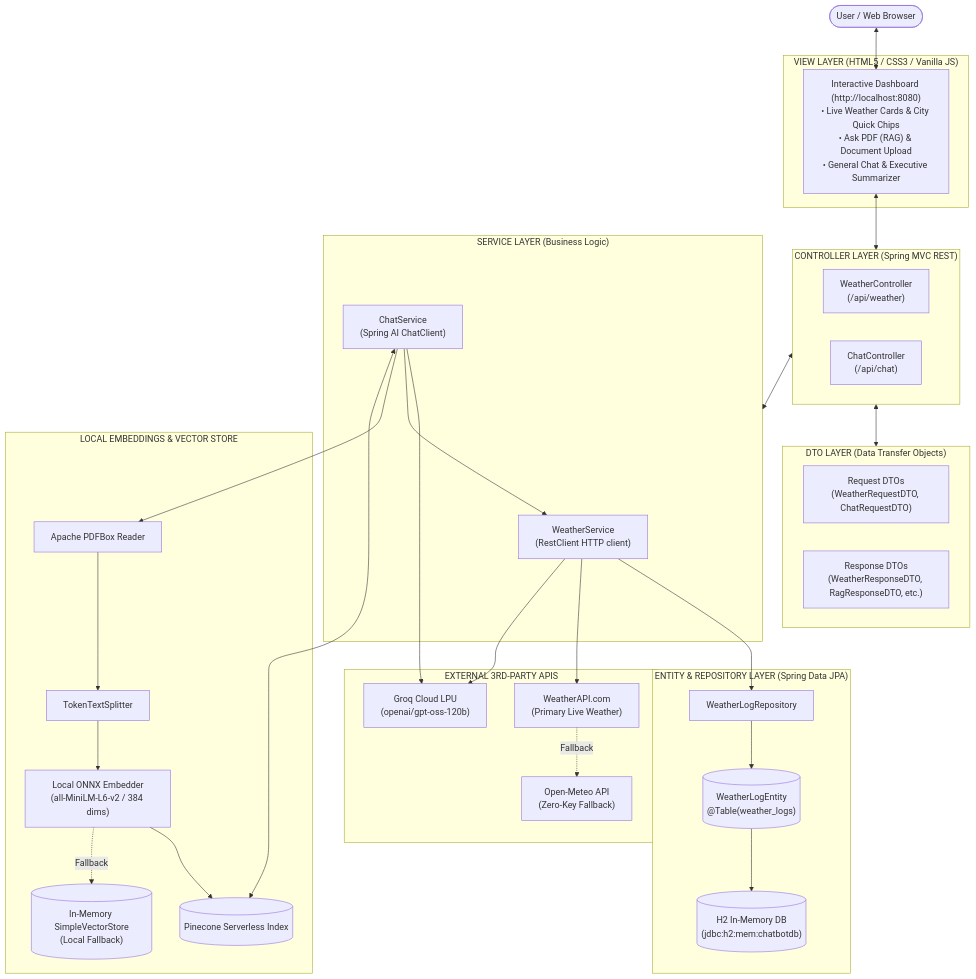
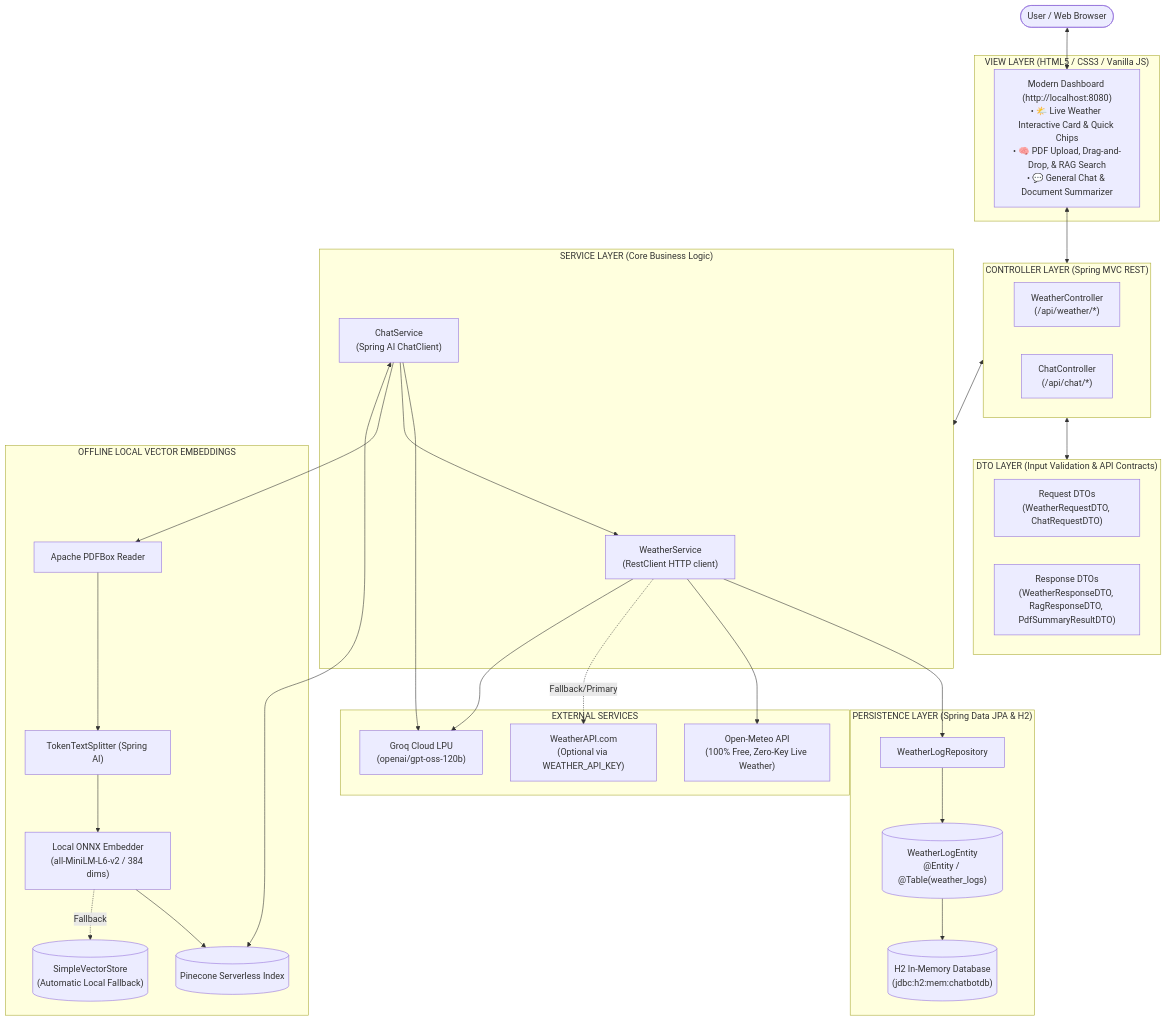
One commit to ChakradharReddy01/ai-chatbot changed the diagram in ai-chatbot/README.md. Above: the diagram before and after it, drawn with Mermaid. The commit also changed other lines of this file, not shown here.

````diff
--- a/ai-chatbot/README.md
+++ b/ai-chatbot/README.md
@@ -76,63 +72,63 @@
 ```mermaid
 flowchart TD
     User([User / Web Browser])
 
-    subgraph View ["VIEW LAYER (HTML5 / CSS3 / Vanilla JS)"]
-        UI["Interactive Dashboard (http://localhost:8080)<br/>• Live Weather Cards & City Quick Chips<br/>• Ask PDF (RAG) & Document Upload<br/>• General Chat & Executive Summarizer"]
+    subgraph ViewLayer ["VIEW LAYER (HTML5 / CSS3 / Vanilla JS)"]
+        UI["Modern Dashboard (http://localhost:8080)<br/>• 🌤️ Live Weather Interactive Card & Quick Chips<br/>• 🧠 PDF Upload, Drag-and-Drop, & RAG Search<br/>• 💬 General Chat & Document Summarizer"]
     end
 
-    subgraph Controller ["CONTROLLER LAYER (Spring MVC REST)"]
-        WeatherCtrl["WeatherController<br/>(/api/weather)"]
-        ChatCtrl["ChatController<br/>(/api/chat)"]
+    subgraph ControllerLayer ["CONTROLLER LAYER (Spring MVC REST)"]
+        WeatherCtrl["WeatherController<br/>(/api/weather/*)"]
+        ChatCtrl["ChatController<br/>(/api/chat/*)"]
     end
 
-    subgraph DTO ["DTO LAYER (Data Transfer Objects)"]
+    subgraph DTOLayer ["DTO LAYER (Input Validation & API Contracts)"]
         ReqDTO["Request DTOs<br/>(WeatherRequestDTO, ChatRequestDTO)"]
-        ResDTO["Response DTOs<br/>(WeatherResponseDTO, RagResponseDTO, etc.)"]
+        ResDTO["Response DTOs<br/>(WeatherResponseDTO, RagResponseDTO, PdfSummaryResultDTO)"]
     end
 
-    subgraph Service ["SERVICE LAYER (Business Logic)"]
+    subgraph ServiceLayer ["SERVICE LAYER (Core Business Logic)"]
         WeatherSvc["WeatherService<br/>(RestClient HTTP client)"]
         ChatSvc["ChatService<br/>(Spring AI ChatClient)"]
     end
 
-    subgraph EntityRepo ["ENTITY & REPOSITORY LAYER (Spring Data JPA)"]
+    subgraph DataLayer ["PERSISTENCE LAYER (Spring Data JPA & H2)"]
         WeatherRepo["WeatherLogRepository"]
-        WeatherEntity[("WeatherLogEntity<br/>@Table(weather_logs)")]
-        H2DB[("H2 In-Memory DB<br/>(jdbc:h2:mem:chatbotdb)")]
+        WeatherEntity[("WeatherLogEntity<br/>@Entity / @Table(weather_logs)")]
+        H2DB[("H2 In-Memory Database<br/>(jdbc:h2:mem:chatbotdb)")]
     end
 
-    subgraph ExternalAPIs ["EXTERNAL 3RD-PARTY APIS"]
-        WeatherAPI["WeatherAPI.com<br/>(Primary Live Weather)"]
-        OpenMeteo["Open-Meteo API<br/>(Zero-Key Fallback)"]
+    subgraph ExternalAPIs ["EXTERNAL SERVICES"]
+        OpenMeteo["Open-Meteo API<br/>(100% Free, Zero-Key Live Weather)"]
+        WeatherAPI["WeatherAPI.com<br/>(Optional via WEATHER_API_KEY)"]
         Groq["Groq Cloud LPU<br/>(openai/gpt-oss-120b)"]
     end
 
-    subgraph VectorEngine ["LOCAL EMBEDDINGS & VECTOR STORE"]
+    subgraph LocalEmbeddings ["OFFLINE LOCAL VECTOR EMBEDDINGS"]
         PDFReader["Apache PDFBox Reader"]
-        Chunker["TokenTextSplitter"]
+        Chunker["TokenTextSplitter (Spring AI)"]
         Embedder["Local ONNX Embedder<br/>(all-MiniLM-L6-v2 / 384 dims)"]
         Pinecone[("Pinecone Serverless Index")]
-        SimpleStore[("In-Memory SimpleVectorStore<br/>(Local Fallback)")]
+        SimpleStore[("SimpleVectorStore<br/>(Automatic Local Fallback)")]
     end
 
     User <--> UI
-    UI <--> Controller
-    Controller <--> DTO
-    Controller <--> Service
+    UI <--> ControllerLayer
+    ControllerLayer <--> DTOLayer
+    ControllerLayer <--> ServiceLayer
 
     WeatherSvc --> WeatherRepo
     WeatherRepo --> WeatherEntity
     WeatherEntity --> H2DB
 
-    WeatherSvc --> WeatherAPI
-    WeatherAPI -. Fallback .-> OpenMeteo
+    WeatherSvc --> OpenMeteo
+    WeatherSvc -. Fallback/Primary .-> WeatherAPI
     WeatherSvc --> Groq
 
     ChatSvc --> Groq
     ChatSvc --> WeatherSvc
     ChatSvc --> PDFReader --> Chunker --> Embedder
     Embedder --> Pinecone
     Embedder -. Fallback .-> SimpleStore
     ChatSvc <--> Pinecone
 ```
````
